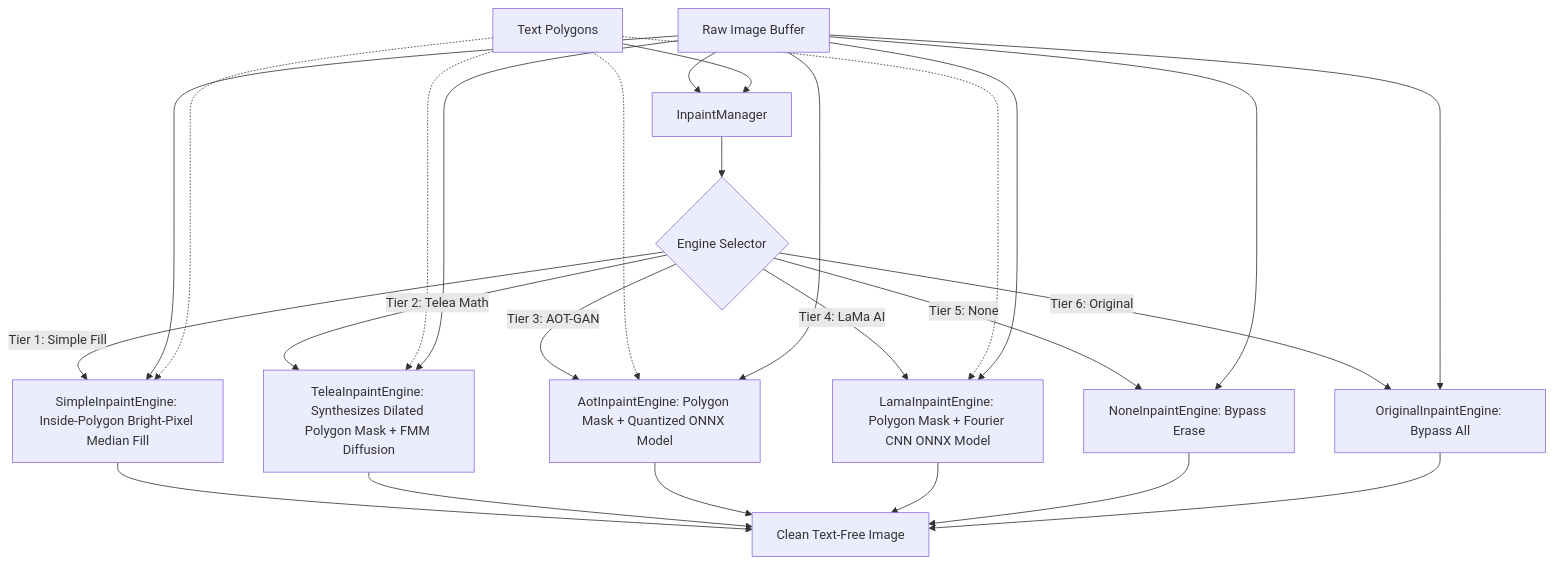
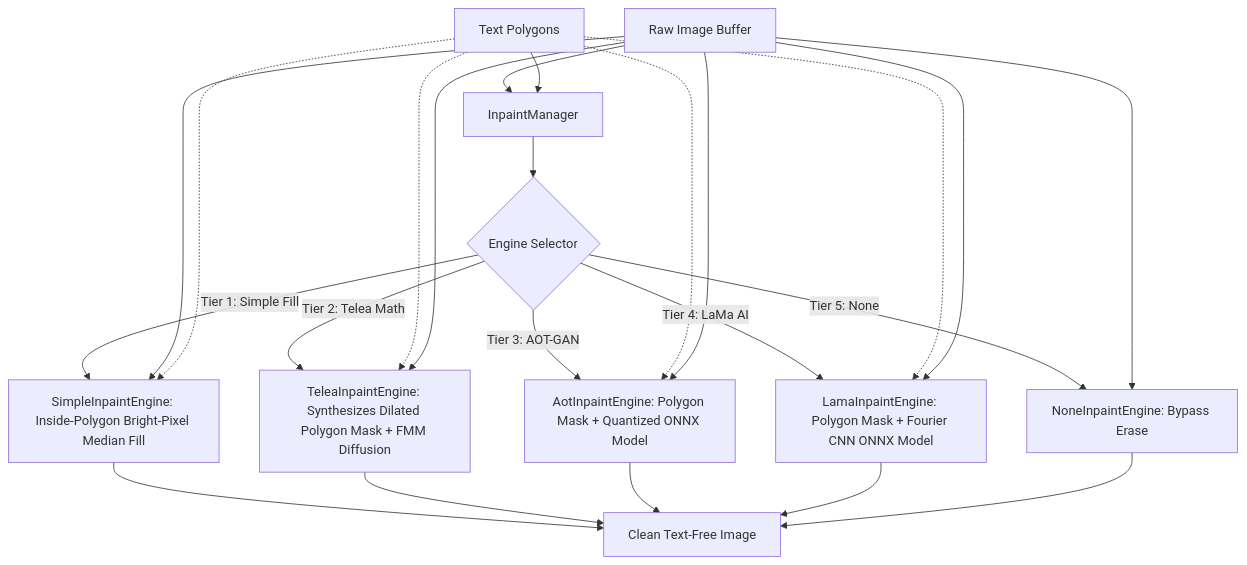
One commit to Unheat/Kites changed the second of 2 diagrams in docs/fullplan.md. Above: the diagram before and after it, drawn with Mermaid. The commit also changed 4 other files, not shown here.

Commit message:
chore(inpaint): archive duplicate OriginalInpaintEngine in favor of NoneInpaintEngine

````diff
--- a/docs/fullplan.md
+++ b/docs/fullplan.md
@@ -153,33 +153,30 @@
 ```mermaid
 graph TD
     ImageBuffer[Raw Image Buffer] --> InpaintManager
     Polygons[Text Polygons] --> InpaintManager
     
     InpaintManager --> EngineRouter{Engine Selector}
     
     EngineRouter -- Tier 1: Simple Fill --> SimpleEngine[SimpleInpaintEngine: Inside-Polygon Bright-Pixel Median Fill]
     EngineRouter -- Tier 2: Telea Math --> TeleaEngine[TeleaInpaintEngine: Synthesizes Dilated Polygon Mask + FMM Diffusion]
     EngineRouter -- Tier 3: AOT-GAN --> AotEngine[AotInpaintEngine: Polygon Mask + Quantized ONNX Model]
     EngineRouter -- Tier 4: LaMa AI --> LamaEngine[LamaInpaintEngine: Polygon Mask + Fourier CNN ONNX Model]
     EngineRouter -- Tier 5: None --> NoneEngine[NoneInpaintEngine: Bypass Erase]
-    EngineRouter -- Tier 6: Original --> OriginalEngine[OriginalInpaintEngine: Bypass All]
     
     ImageBuffer --> SimpleEngine
     Polygons -.-> SimpleEngine
     Polygons -.-> TeleaEngine
     Polygons -.-> AotEngine
     Polygons -.-> LamaEngine
     
     ImageBuffer --> TeleaEngine
     ImageBuffer --> AotEngine
     ImageBuffer --> LamaEngine
     ImageBuffer --> NoneEngine
-    ImageBuffer --> OriginalEngine
     
     SimpleEngine --> CleanBuffer[Clean Text-Free Image]
     TeleaEngine --> CleanBuffer
     AotEngine --> CleanBuffer
     LamaEngine --> CleanBuffer
     NoneEngine --> CleanBuffer
-    OriginalEngine --> CleanBuffer
 ```
````
